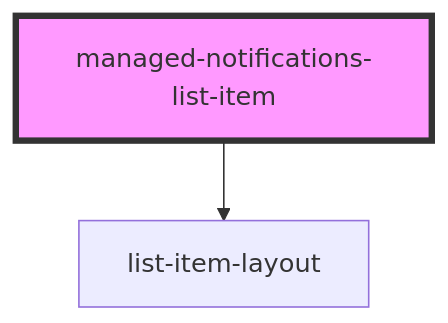
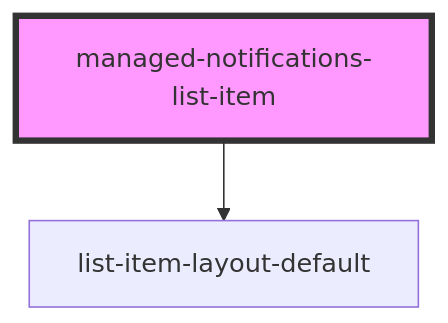
One commit to PharmaLedger-IMI/fgt-workspace changed the diagram in pdm-web-components/src/components/managed-notifications-list-item/readme.md. Above: the diagram before and after it, drawn with Mermaid. The commit also changed other lines of this file and 3 other files, not shown here.

Commit message:
refs #51 managed notification now implements new layout

````diff
--- a/pdm-web-components/src/components/managed-notifications-list-item/readme.md
+++ b/pdm-web-components/src/components/managed-notifications-list-item/readme.md
@@ -44,5 +45,5 @@
 ```mermaid
 graph TD;
-  managed-notifications-list-item --> list-item-layout
+  managed-notifications-list-item --> list-item-layout-default
   style managed-notifications-list-item fill:#f9f,stroke:#333,stroke-width:4px
 ```
````
